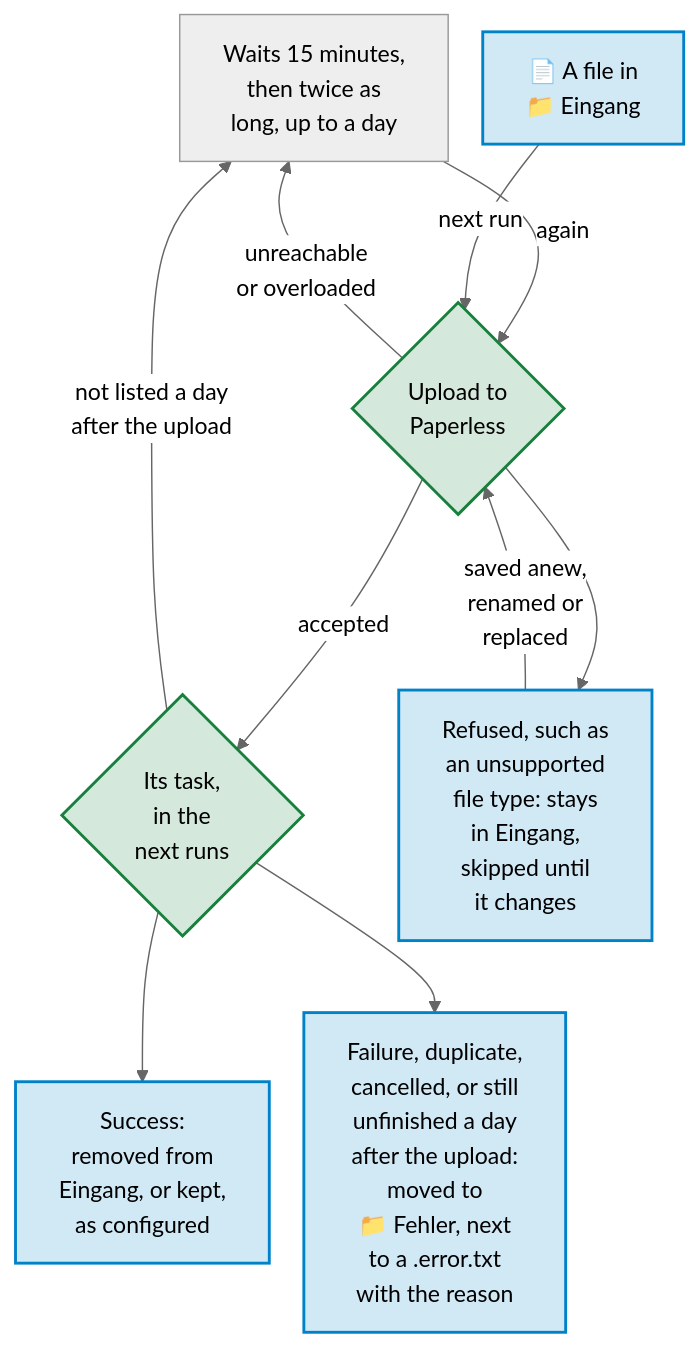
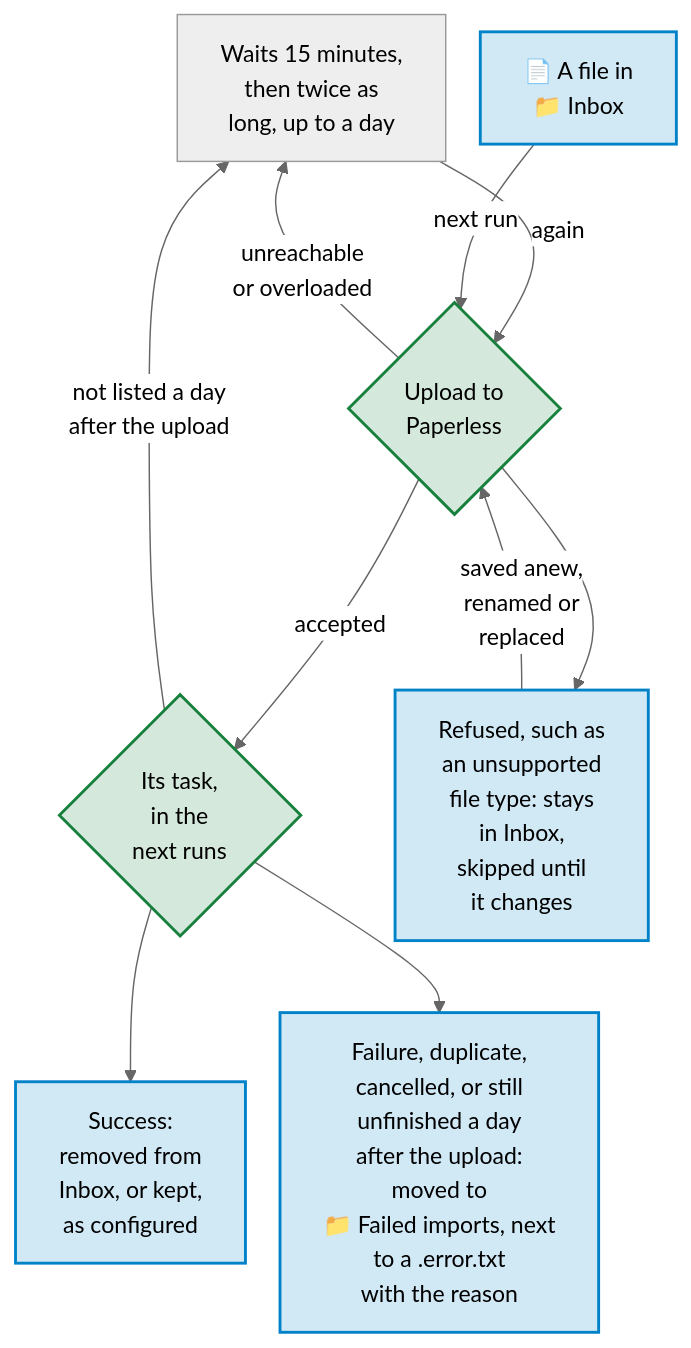
The diagram in docs/diagrams/the-way-of-a-file-from-the-inbox-to-paperless.mmd (Dennis-Otto/paperless-sync), drawn with Mermaid (neutral theme) before and after one commit. The commit also changed 66 other files, not shown here.

```diff
--- a/docs/diagrams/the-way-of-a-file-from-the-inbox-to-paperless.mmd
+++ b/docs/diagrams/the-way-of-a-file-from-the-inbox-to-paperless.mmd
@@ -1,32 +1,32 @@
 ---
 config:
   flowchart:
     nodeSpacing: 24
 ---
 flowchart TB
     accTitle: The way of a file from the inbox to Paperless
-    accDescr: In the next run, a file in the folder Eingang is uploaded to Paperless. When Paperless is unreachable or overloaded, the file waits 15 minutes, then twice as long each time, up to a day, and is uploaded again. When Paperless refuses it, such as a file of an unsupported type, it stays in Eingang and is skipped until it is saved anew, renamed or replaced. When Paperless accepts it, the next runs follow its Paperless task while it is running: after success, the file is removed from Eingang or kept, as configured; after a failure, a duplicate or a cancelled task, it moves to the folder Fehler, next to a .error.txt with the reason. A day after the upload, a file whose content Paperless has counts as imported; a task that Paperless still lists unfinished moves the file to Fehler, so that a second upload can't make a duplicate; and a task that Paperless doesn't list sends the file to the wait as well, and it is uploaded again.
+    accDescr: In the next run, a file in the folder Inbox is uploaded to Paperless. When Paperless is unreachable or overloaded, the file waits 15 minutes, then twice as long each time, up to a day, and is uploaded again. When Paperless refuses it, such as a file of an unsupported type, it stays in Inbox and is skipped until it is saved anew, renamed or replaced. When Paperless accepts it, the next runs follow its Paperless task while it is running: after success, the file is removed from Inbox or kept, as configured; after a failure, a duplicate or a cancelled task, it moves to the folder Failed imports, next to a .error.txt with the reason. A day after the upload, a file whose content Paperless has counts as imported; a task that Paperless still lists unfinished moves the file to Failed imports, so that a second upload can't make a duplicate; and a task that Paperless doesn't list sends the file to the wait as well, and it is uploaded again.
 
     %% The wait takes the uploads that failed for a time and the tasks without an end back to the upload.
     retry["Waits 15 minutes,<br>then twice as<br>long, up to a day"]
-    file["📄 A file in<br>📁 Eingang"]
+    file["📄 A file in<br>📁 Inbox"]
     upload{"Upload to<br>Paperless"}
     task{"Its task,<br>in the<br>next runs"}
-    refused["Refused, such as<br>an unsupported<br>file type: stays<br>in Eingang,<br>skipped until<br>it changes"]
-    done["Success:<br>removed from<br>Eingang, or kept,<br>as configured"]
-    failed["Failure, duplicate,<br>cancelled, or still<br>unfinished a day<br>after the upload:<br>moved to<br>📁 Fehler, next<br>to a .error.txt<br>with the reason"]
+    refused["Refused, such as<br>an unsupported<br>file type: stays<br>in Inbox,<br>skipped until<br>it changes"]
+    done["Success:<br>removed from<br>Inbox, or kept,<br>as configured"]
+    failed["Failure, duplicate,<br>cancelled, or still<br>unfinished a day<br>after the upload:<br>moved to<br>📁 Failed imports, next<br>to a .error.txt<br>with the reason"]
 
     retry -- "again" --> upload
     file -- "next run" --> upload
     upload -- "unreachable<br>or overloaded" --> retry
     upload -- "accepted" --> task
     upload --> refused
     refused -- "saved anew,<br>renamed or<br>replaced" --> upload
     task --> done
     task --> failed
     task -- "not listed a day<br>after the upload" --> retry
 
     classDef nextcloud fill:#0082c92e,stroke:#0082c9,stroke-width:2px
     classDef paperless fill:#17803d2e,stroke:#17803d,stroke-width:2px
     class file,refused,done,failed nextcloud
     class upload,task paperless
```
